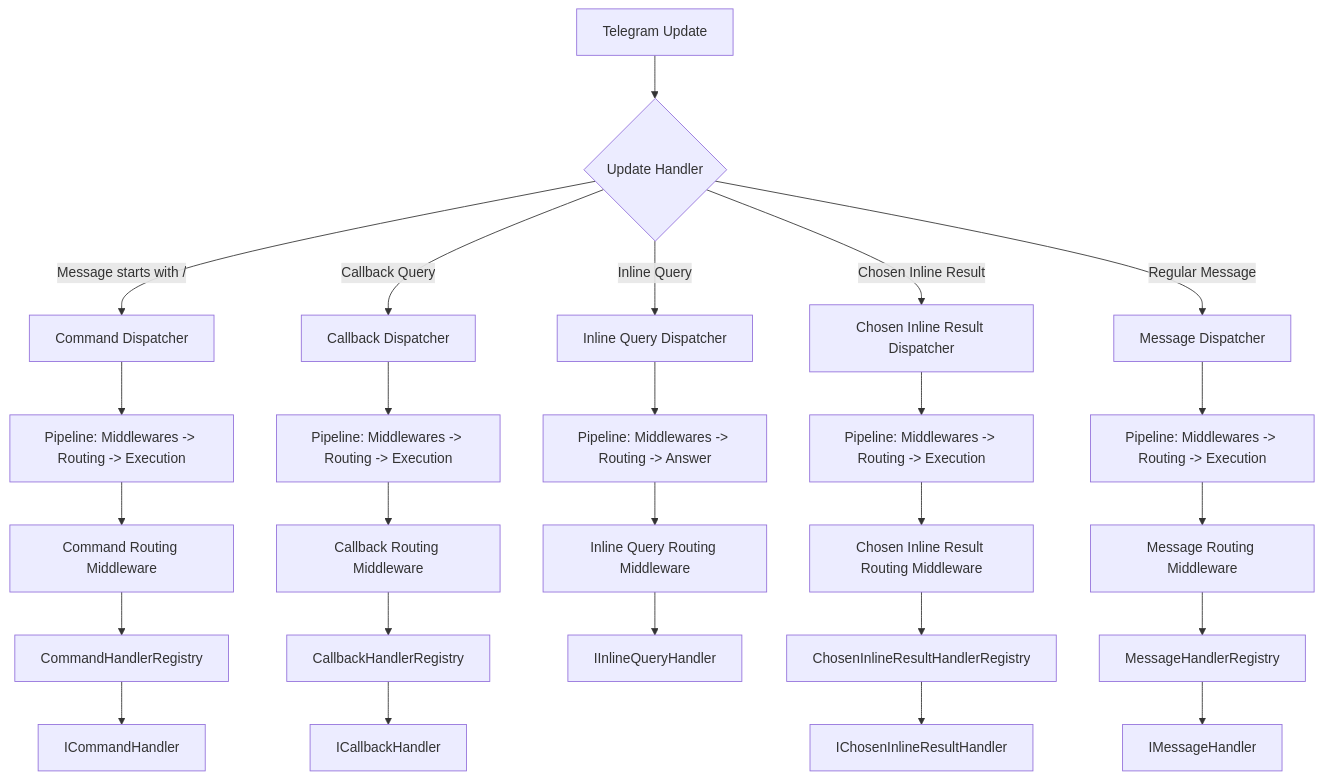
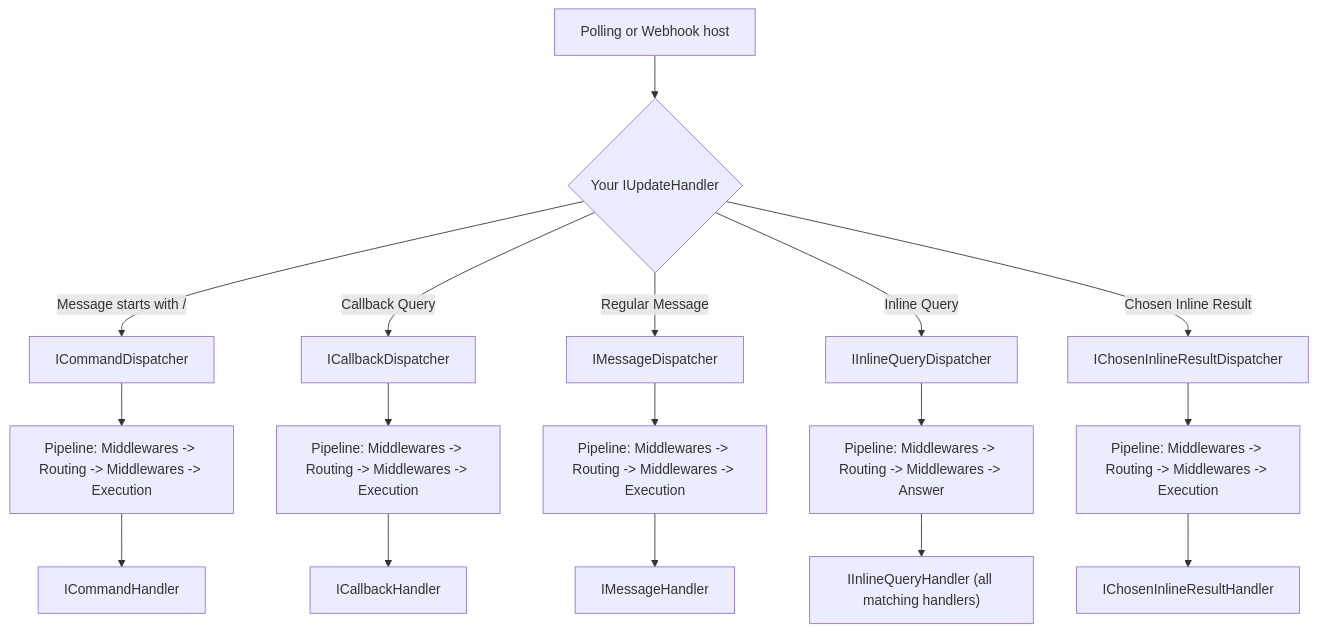
Before and after one commit to uladzislautsimankou/telegram-botkit: the diagram in README.md, drawn with Mermaid. The commit also changed other lines of this file and 1 other file, not shown here.

````diff
--- a/README.md
+++ b/README.md
@@ -14,38 +14,29 @@
 ```mermaid
 graph TD
-    Update[Telegram Update] --> Handler{Update Handler}
+    Host[Polling or Webhook host] --> Handler{"Your IUpdateHandler"}
 
     %% Command Flow
-    Handler -- "Message starts with /" --> CmdDisp[Command Dispatcher]
-    CmdDisp --> CmdPipe[Pipeline: Middlewares -> Routing -> Execution]
-    CmdPipe --> CmdRouter[Command Routing Middleware]
-    CmdRouter --> CmdReg[CommandHandlerRegistry]
-    CmdReg --> CmdHandler[ICommandHandler]
+    Handler -- "Message starts with /" --> CmdDisp[ICommandDispatcher]
+    CmdDisp --> CmdPipe[Pipeline: Middlewares -> Routing -> Middlewares -> Execution]
+    CmdPipe --> CmdHandler[ICommandHandler]
 
     %% Callback Flow
-    Handler -- Callback Query --> CbkDisp[Callback Dispatcher]
-    CbkDisp --> CbkPipe[Pipeline: Middlewares -> Routing -> Execution]
-    CbkPipe --> CbkRouter[Callback Routing Middleware]
-    CbkRouter --> CbkReg[CallbackHandlerRegistry]
-    CbkReg --> CbkHandler[ICallbackHandler]
+    Handler -- Callback Query --> CbkDisp[ICallbackDispatcher]
+    CbkDisp --> CbkPipe[Pipeline: Middlewares -> Routing -> Middlewares -> Execution]
+    CbkPipe --> CbkHandler[ICallbackHandler]
+
+    %% Message Flow
+    Handler -- Regular Message --> MsgDisp[IMessageDispatcher]
+    MsgDisp --> MsgPipe[Pipeline: Middlewares -> Routing -> Middlewares -> Execution]
+    MsgPipe --> MsgHandler[IMessageHandler]
 
     %% Inline Query Flow
-    Handler -- Inline Query --> InlDisp[Inline Query Dispatcher]
-    InlDisp --> InlPipe[Pipeline: Middlewares -> Routing -> Answer]
-    InlPipe --> InlRouter[Inline Query Routing Middleware]
-    InlRouter --> InlHandler[IInlineQueryHandler]
+    Handler -- Inline Query --> InlDisp[IInlineQueryDispatcher]
+    InlDisp --> InlPipe[Pipeline: Middlewares -> Routing -> Middlewares -> Answer]
+    InlPipe --> InlHandler["IInlineQueryHandler (all matching handlers)"]
 
     %% Chosen Inline Result Flow
-    Handler -- Chosen Inline Result --> ChoDisp[Chosen Inline Result Dispatcher]
-    ChoDisp --> ChoPipe[Pipeline: Middlewares -> Routing -> Execution]
-    ChoPipe --> ChoRouter[Chosen Inline Result Routing Middleware]
-    ChoRouter --> ChoReg[ChosenInlineResultHandlerRegistry]
-    ChoReg --> ChoHandler[IChosenInlineResultHandler]
-
-    %% Message Flow
-    Handler -- Regular Message --> MsgDisp[Message Dispatcher]
-    MsgDisp --> MsgPipe[Pipeline: Middlewares -> Routing -> Execution]
-    MsgPipe --> MsgRouter[Message Routing Middleware]
-    MsgRouter --> MsgReg[MessageHandlerRegistry]
-    MsgReg --> MsgHandler[IMessageHandler]
+    Handler -- Chosen Inline Result --> ChoDisp[IChosenInlineResultDispatcher]
+    ChoDisp --> ChoPipe[Pipeline: Middlewares -> Routing -> Middlewares -> Execution]
+    ChoPipe --> ChoHandler[IChosenInlineResultHandler]
 ```
````
